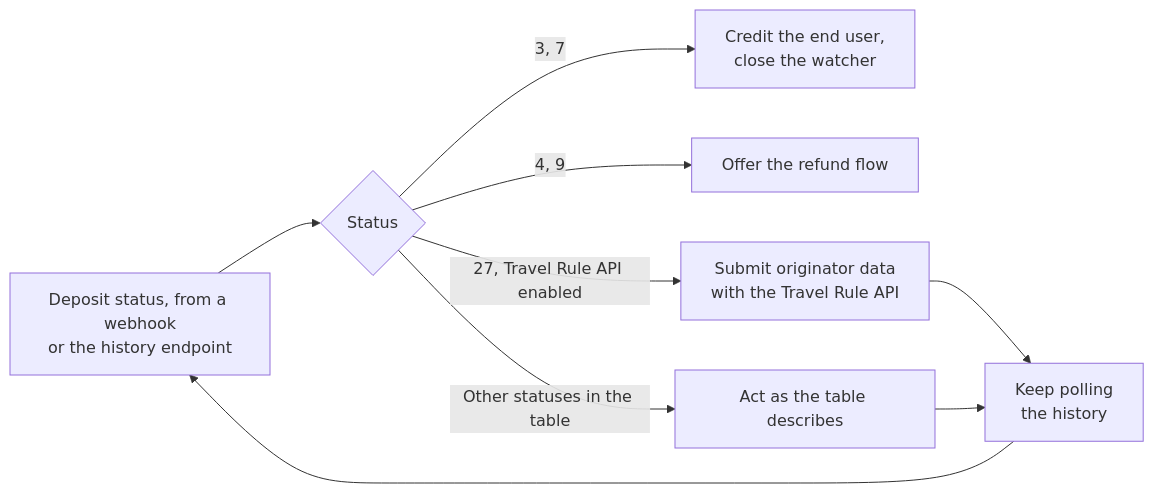
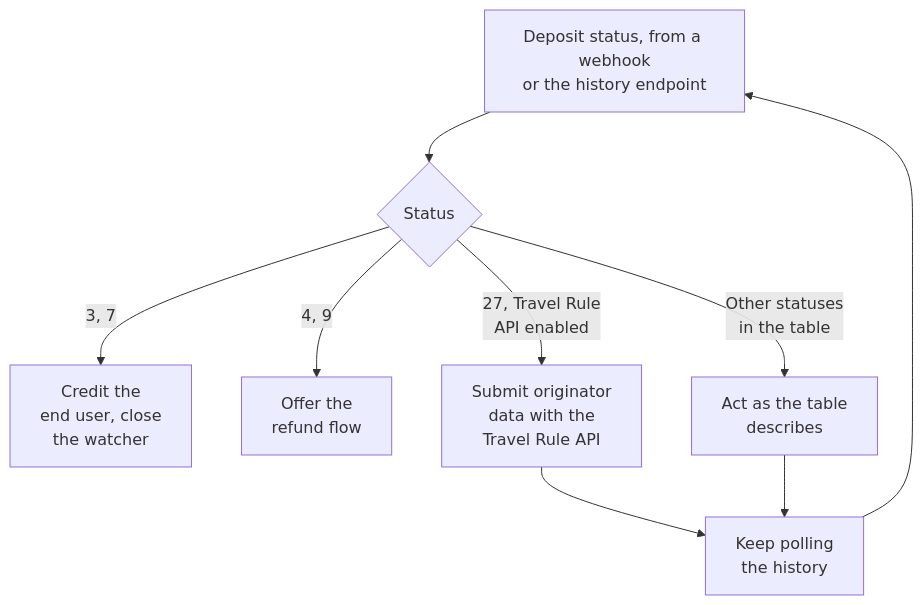
One commit to whitebit-exchange/docs changed the fifth of 10 diagrams in guides/payment-integration.mdx. Above: the diagram before and after it, drawn with Mermaid. The commit also changed other lines of this file and 4 other files, not shown here.

Commit message:
fix(guide): narrow the branch diagrams to a readable label size

````diff
--- a/guides/payment-integration.mdx
+++ b/guides/payment-integration.mdx
@@ -329,11 +329,11 @@
 ```mermaid
-flowchart LR
+flowchart TD
     Start["Deposit status, from a webhook<br/>or the history endpoint"] --> Status{"Status"}
-    Status -->|"3, 7"| Credit["Credit the end user,<br/>close the watcher"]
-    Status -->|"4, 9"| Refund["Offer the refund flow"]
-    Status -->|"27, Travel Rule API enabled"| TravelRuleApi["Submit originator data<br/>with the Travel Rule API"]
-    Status -->|"Other statuses in the table"| Act["Act as the table describes"]
+    Status -->|"3, 7"| Credit["Credit the<br/>end user, close<br/>the watcher"]
+    Status -->|"4, 9"| Refund["Offer the<br/>refund flow"]
+    Status -->|"27, Travel Rule<br/>API enabled"| TravelRuleApi["Submit originator<br/>data with the<br/>Travel Rule API"]
+    Status -->|"Other statuses<br/>in the table"| Act["Act as the table<br/>describes"]
     TravelRuleApi --> Poll["Keep polling<br/>the history"]
     Act --> Poll
     Poll --> Start
 ```
````
